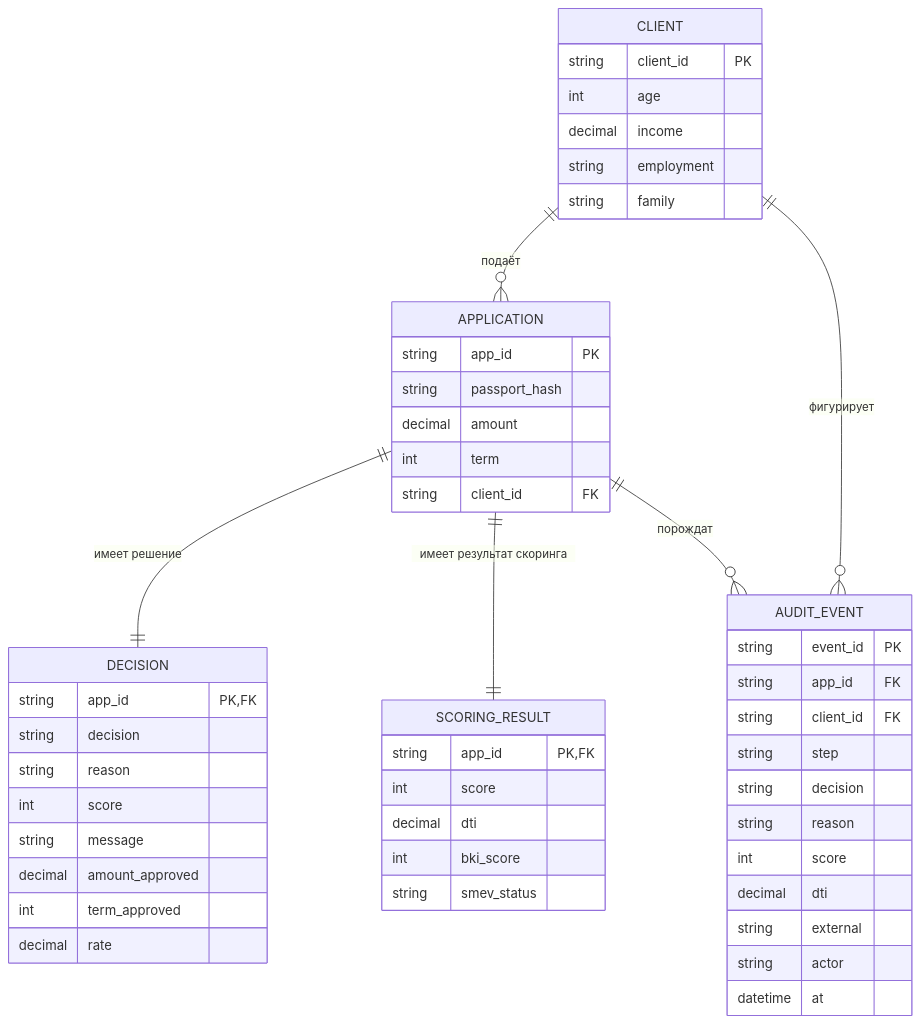
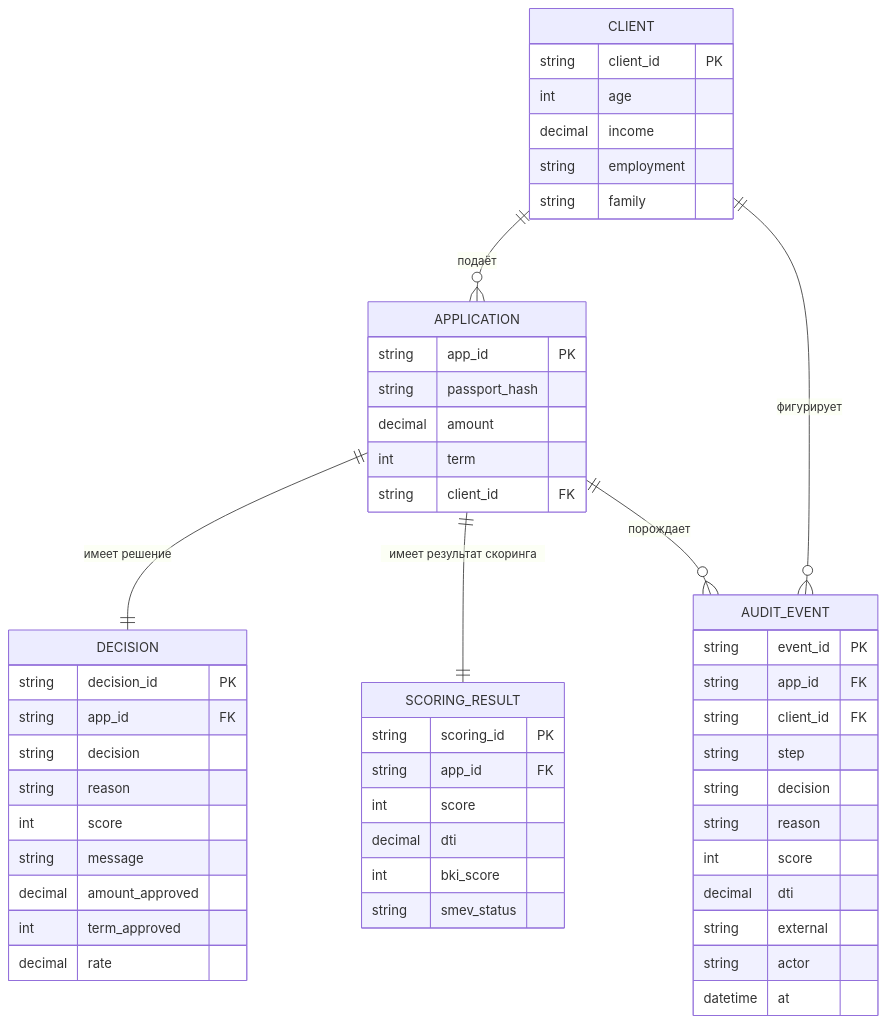
The diagram in 08_ER.md (adell111/Saga_case), drawn with Mermaid before and after one commit.

Commit message:
Добавление PK полей для Decision и Scoring

````diff
--- a/08_ER.md
+++ b/08_ER.md
@@ -6,57 +6,59 @@
 ```mermaid
 erDiagram
     CLIENT ||--o{ APPLICATION : "подаёт"
     CLIENT ||--o{ AUDIT_EVENT : "фигурирует"
     APPLICATION ||--|| DECISION : "имеет решение"
     APPLICATION ||--|| SCORING_RESULT : "имеет результат скоринга"
-    APPLICATION ||--o{ AUDIT_EVENT : "порождат"
+    APPLICATION ||--o{ AUDIT_EVENT : "порождает"
 
     CLIENT {
         string client_id PK 
         int age 
         decimal income 
         string employment 
         string family 
     }
 
     APPLICATION {
         string app_id PK 
         string passport_hash 
         decimal amount 
         int term 
         string client_id FK
     }
 
     DECISION {
-        string app_id PK, FK 
+        string decision_id PK
+        string app_id FK 
         string decision 
         string reason 
         int score 
         string message 
         decimal amount_approved 
         int term_approved 
         decimal rate 
     }
 
     SCORING_RESULT {
-        string app_id PK, FK 
+        string scoring_id PK
+        string app_id FK 
         int score 
         decimal dti 
         int bki_score 
         string smev_status 
     }
 
     AUDIT_EVENT {
         string event_id PK
         string app_id FK 
         string client_id FK 
         string step 
         string decision 
         string reason 
         int score 
         decimal dti 
         string external 
         string actor 
         datetime at 
     }
 ```
````
